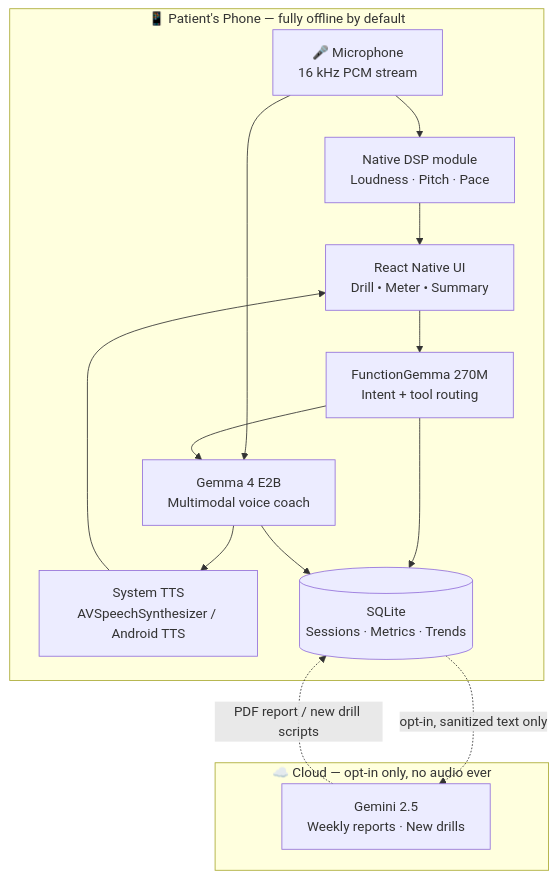
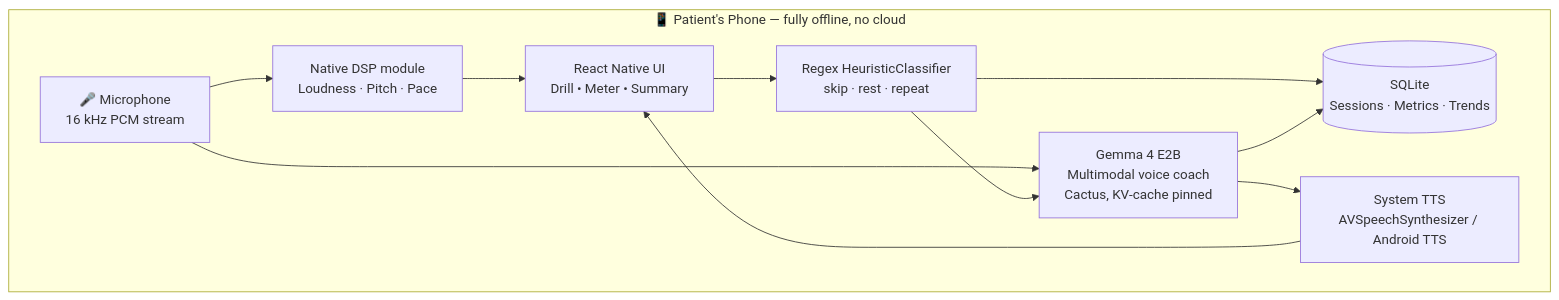
Before and after one commit to saa-chin/voice-agents-hack-voice-coach: the first of 2 diagrams in docs/03-the-architecture.md, drawn with Mermaid. The commit also changed other lines of this file and 5 other files, not shown here.

````diff
--- a/docs/03-the-architecture.md
+++ b/docs/03-the-architecture.md
@@ -14,28 +14,22 @@
 ```mermaid
 flowchart TB
-    subgraph Device["📱 Patient's Phone — fully offline by default"]
+    subgraph Device["📱 Patient's Phone — fully offline, no cloud"]
         Mic[🎤 Microphone<br/>16 kHz PCM stream]
         UI[React Native UI<br/>Drill • Meter • Summary]
         DSP[Native DSP module<br/>Loudness · Pitch · Pace]
-        Router[FunctionGemma 270M<br/>Intent + tool routing]
-        Gemma[Gemma 4 E2B<br/>Multimodal voice coach]
+        Router[Regex HeuristicClassifier<br/>skip · rest · repeat]
+        Gemma[Gemma 4 E2B<br/>Multimodal voice coach<br/>Cactus, KV-cache pinned]
         TTS[System TTS<br/>AVSpeechSynthesizer / Android TTS]
         DB[(SQLite<br/>Sessions · Metrics · Trends)]
-    end
-
-    subgraph Cloud["☁️ Cloud — opt-in only, no audio ever"]
-        Gemini[Gemini 2.5<br/>Weekly reports · New drills]
     end
 
     Mic --> DSP
     Mic --> Gemma
     DSP --> UI
     UI --> Router
     Router --> Gemma
     Router --> DB
     Gemma --> TTS
     Gemma --> DB
     TTS --> UI
-    DB -.opt-in, sanitized text only.-> Gemini
-    Gemini -.PDF report / new drill scripts.-> DB
 ```
````
